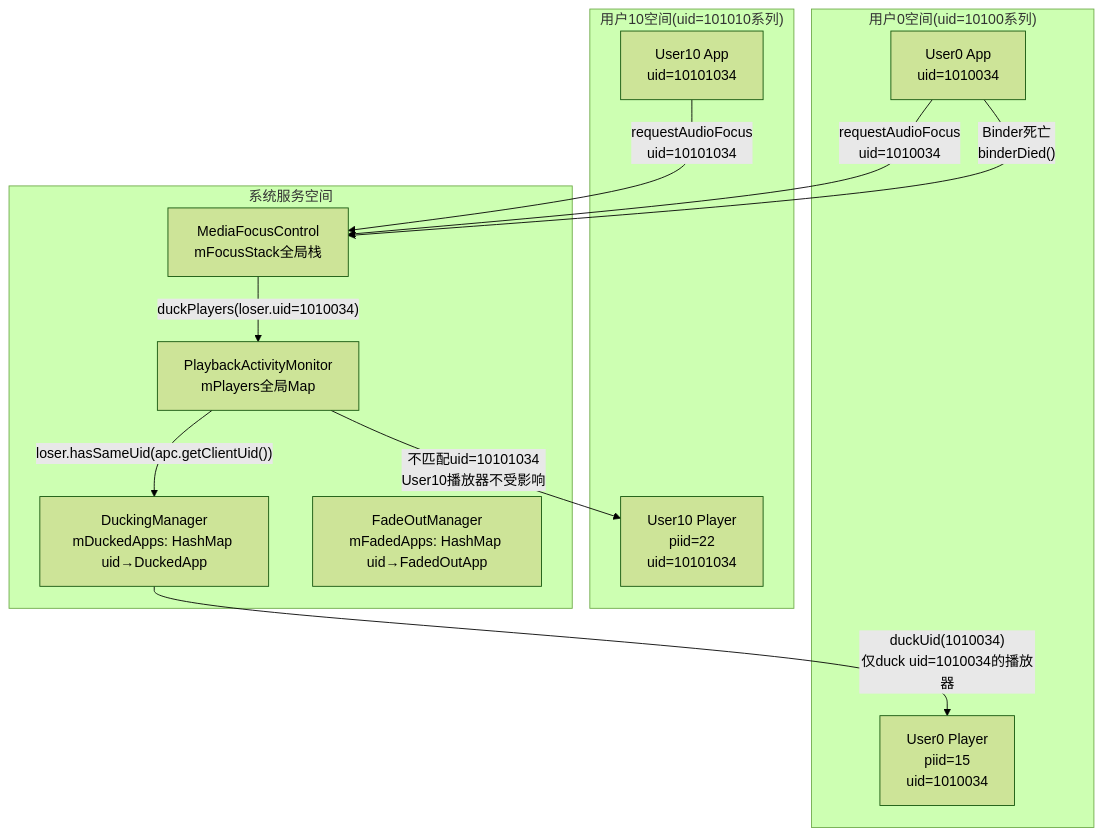
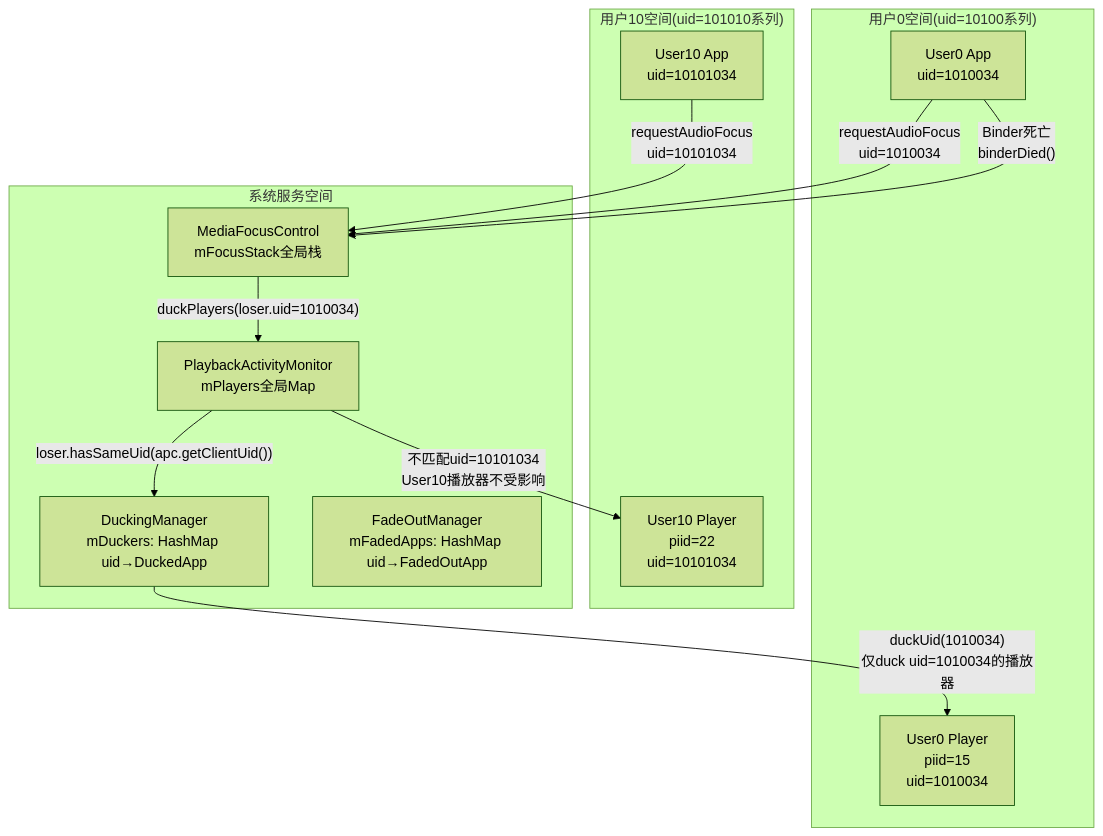
Before and after one commit to yanglinzhen1022/SA8295_AAOS_QNX_Audio_KnowledgeBase: the first of 5 diagrams in 12_Audio_Focus_Deep_Dive/12_12.13_多用户焦点隔离.md, drawn with Mermaid (forest theme). The commit also changed other lines of this file and 14 other files, not shown here.

````diff
--- a/12_Audio_Focus_Deep_Dive/12_12.13_多用户焦点隔离.md
+++ b/12_Audio_Focus_Deep_Dive/12_12.13_多用户焦点隔离.md
@@ -13,29 +13,29 @@
 ```mermaid
 flowchart TB
     subgraph "用户0空间(uid=10100系列)"
         APP0["User0 App<br>uid=1010034"]
         PLAYER0["User0 Player<br>piid=15<br>uid=1010034"]
     end
 
     subgraph "用户10空间(uid=101010系列)"
         APP10["User10 App<br>uid=10101034"]
         PLAYER10["User10 Player<br>piid=22<br>uid=10101034"]
     end
 
     subgraph "系统服务空间"
         MFC["MediaFocusControl<br>mFocusStack全局栈"]
         PAM["PlaybackActivityMonitor<br>mPlayers全局Map"]
-        DM["DuckingManager<br>mDuckedApps: HashMap uid→DuckedApp"]
+        DM["DuckingManager<br>mDuckers: HashMap uid→DuckedApp"]
         FOM["FadeOutManager<br>mFadedApps: HashMap uid→FadedOutApp"]
     end
 
     APP0 -->|"requestAudioFocus<br>uid=1010034"| MFC
     APP10 -->|"requestAudioFocus<br>uid=10101034"| MFC
     MFC -->|"duckPlayers(loser.uid=1010034)"| PAM
     PAM -->|"loser.hasSameUid(apc.getClientUid())"| DM
     DM -->|"duckUid(1010034)<br>仅duck uid=1010034的播放器"| PLAYER0
 
     PAM -->|"不匹配uid=10101034<br>User10播放器不受影响"| PLAYER10
 
     APP0 -->|"Binder死亡<br>binderDied()"| MFC
 ```
````
